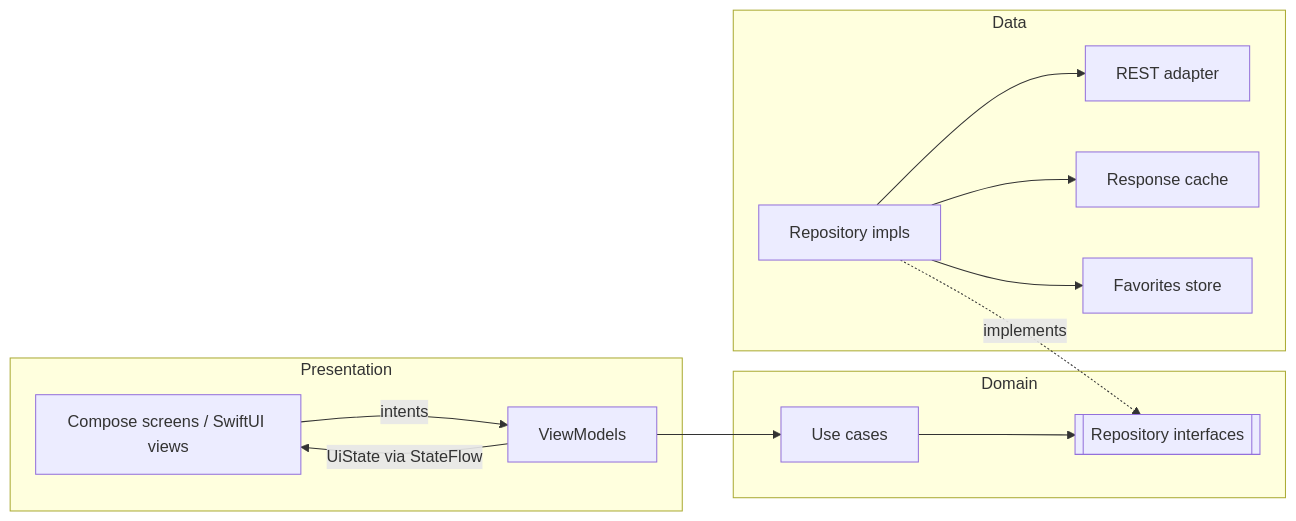
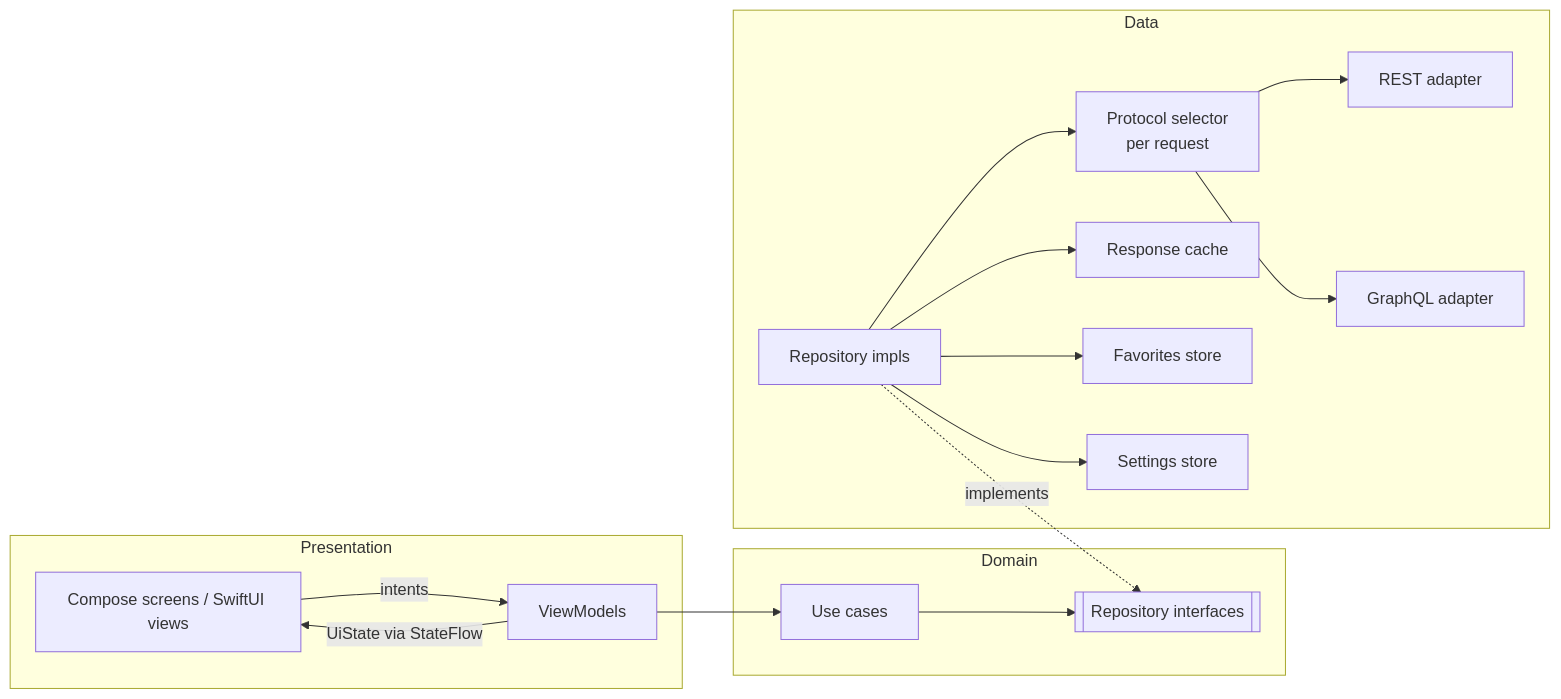
The second of 4 diagrams in docs/DESIGN.md (davidru85/RickAndMorty), drawn with Mermaid before and after one commit. The commit also changed other lines of this file and 7 other files, not shown here.

````diff
--- a/docs/DESIGN.md
+++ b/docs/DESIGN.md
@@ -60,17 +60,20 @@
 ```mermaid
 flowchart LR
     subgraph Presentation
         UI["Compose screens / SwiftUI views"] -->|intents| VM[ViewModels]
         VM -->|UiState via StateFlow| UI
     end
     subgraph Domain
         UC[Use cases] --> RI[[Repository interfaces]]
     end
     subgraph Data
-        Repo[Repository impls] --> Remote[REST adapter]
+        Repo[Repository impls] --> Sel[Protocol selector<br/>per request]
+        Sel --> Rest[REST adapter]
+        Sel --> Gql[GraphQL adapter]
         Repo --> Cache[Response cache]
         Repo --> Local[Favorites store]
+        Repo --> Prefs[Settings store]
     end
     VM --> UC
     Repo -. implements .-> RI
 ```
````
